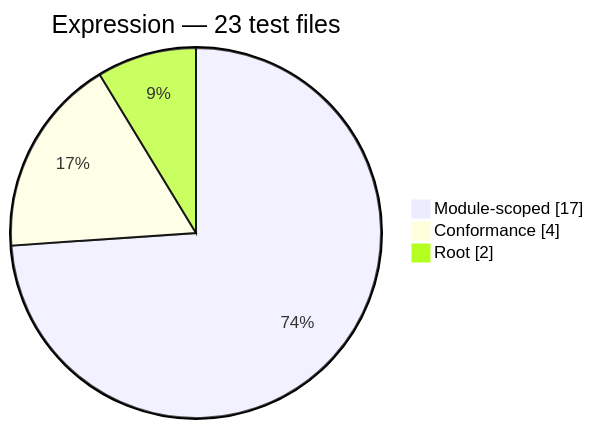
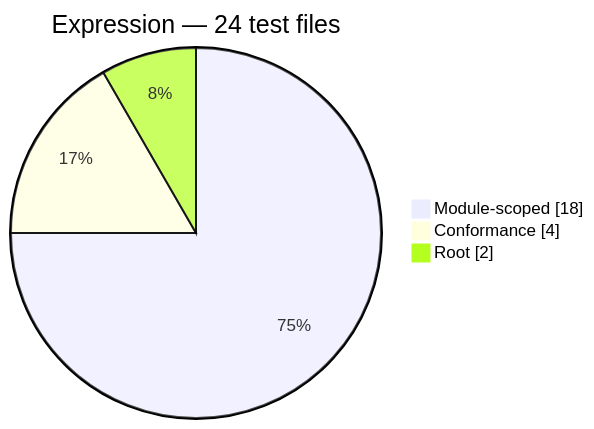
The second of 13 diagrams in docs/generated/test-composition.md (Mohammed-Alama/php-arazzo), drawn with Mermaid before and after one commit. The commit also changed other lines of this file and 8 other files, not shown here.

````diff
--- a/docs/generated/test-composition.md
+++ b/docs/generated/test-composition.md
@@ -28,7 +28,7 @@
 ```mermaid
 pie showData
-    title Expression — 23 test files
-    "Module-scoped": 17
+    title Expression — 24 test files
+    "Module-scoped": 18
     "Conformance": 4
     "Root": 2
 ```
````
